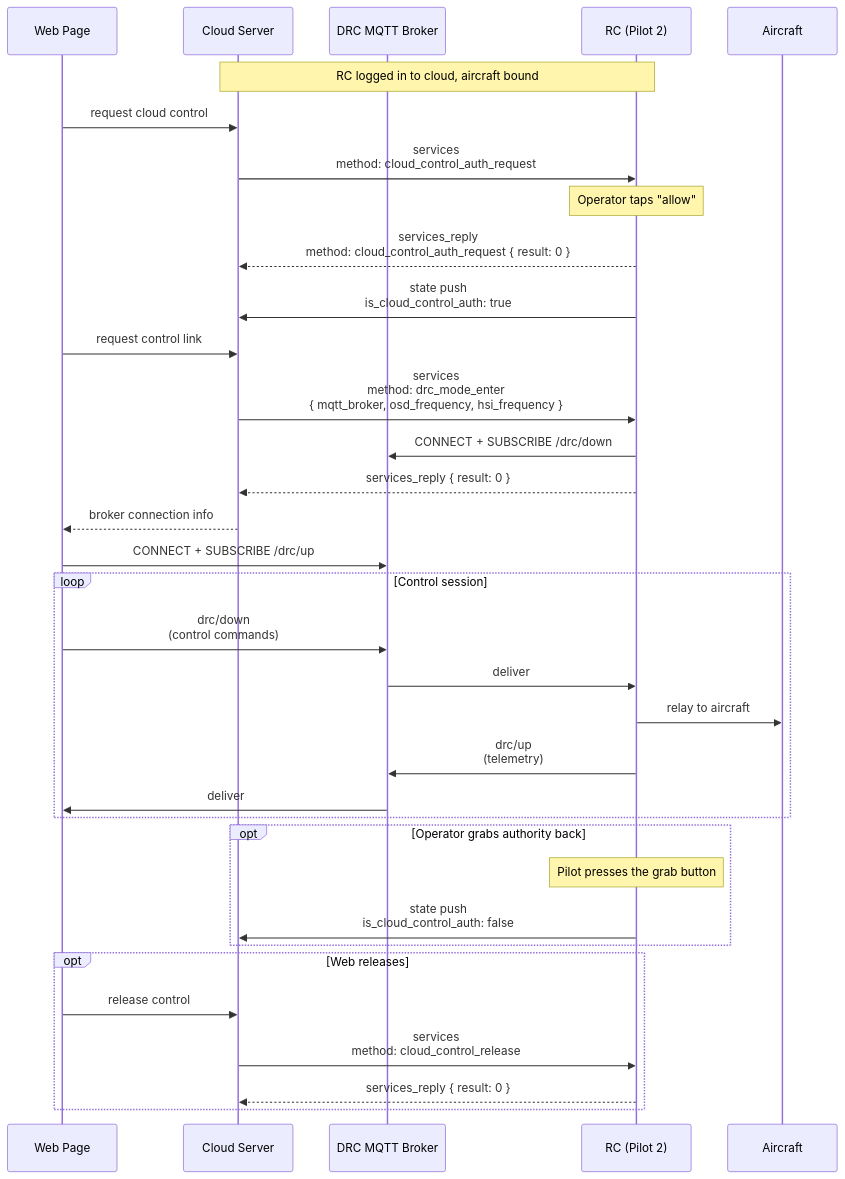
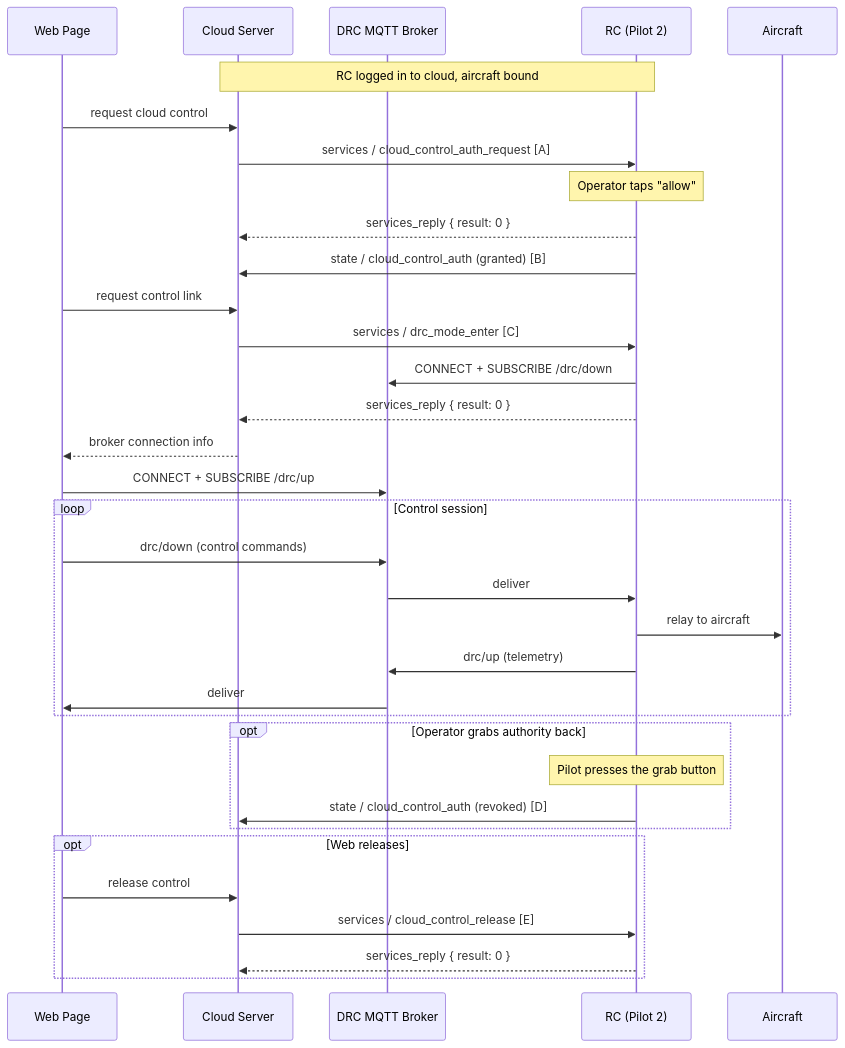
Before and after one commit to larry-watkins-wps/DJI-docs-master: the second of 2 diagrams in master-docs/workflows/live-flight-controls-drc.md, drawn with Mermaid. The commit also changed other lines of this file and 10 other files, not shown here.

First line of the commit message:
docs: beautify workflow mermaid diagrams with separate JSON payload blocks

````diff
--- a/master-docs/workflows/live-flight-controls-drc.md
+++ b/master-docs/workflows/live-flight-controls-drc.md
@@ -102,42 +331,42 @@
 ```mermaid
 sequenceDiagram
     participant web as Web Page
     participant cloud as Cloud Server
     participant drc as DRC MQTT Broker
     participant rc as RC (Pilot 2)
     participant aircraft as Aircraft
 
     note over rc,cloud: RC logged in to cloud, aircraft bound
 
     web ->> cloud: request cloud control
-    cloud ->> rc: services<br/>method: cloud_control_auth_request
+    cloud ->> rc: services / cloud_control_auth_request   [A]
     note over rc: Operator taps "allow"
-    rc -->> cloud: services_reply<br/>method: cloud_control_auth_request { result: 0 }
-    rc ->> cloud: state push<br/>is_cloud_control_auth: true
+    rc -->> cloud: services_reply { result: 0 }
+    rc ->> cloud: state / cloud_control_auth (granted)   [B]
 
     web ->> cloud: request control link
-    cloud ->> rc: services<br/>method: drc_mode_enter<br/>{ mqtt_broker, osd_frequency, hsi_frequency }
+    cloud ->> rc: services / drc_mode_enter   [C]
     rc ->> drc: CONNECT + SUBSCRIBE /drc/down
     rc -->> cloud: services_reply { result: 0 }
     cloud -->> web: broker connection info
     web ->> drc: CONNECT + SUBSCRIBE /drc/up
 
     loop Control session
-        web ->> drc: drc/down<br/>(control commands)
+        web ->> drc: drc/down (control commands)
         drc ->> rc: deliver
         rc ->> aircraft: relay to aircraft
-        rc ->> drc: drc/up<br/>(telemetry)
+        rc ->> drc: drc/up (telemetry)
         drc ->> web: deliver
     end
 
     opt Operator grabs authority back
         note over rc: Pilot presses the grab button
-        rc ->> cloud: state push<br/>is_cloud_control_auth: false
+        rc ->> cloud: state / cloud_control_auth (revoked)   [D]
     end
 
     opt Web releases
         web ->> cloud: release control
-        cloud ->> rc: services<br/>method: cloud_control_release
+        cloud ->> rc: services / cloud_control_release   [E]
         rc -->> cloud: services_reply { result: 0 }
     end
 ```
````
